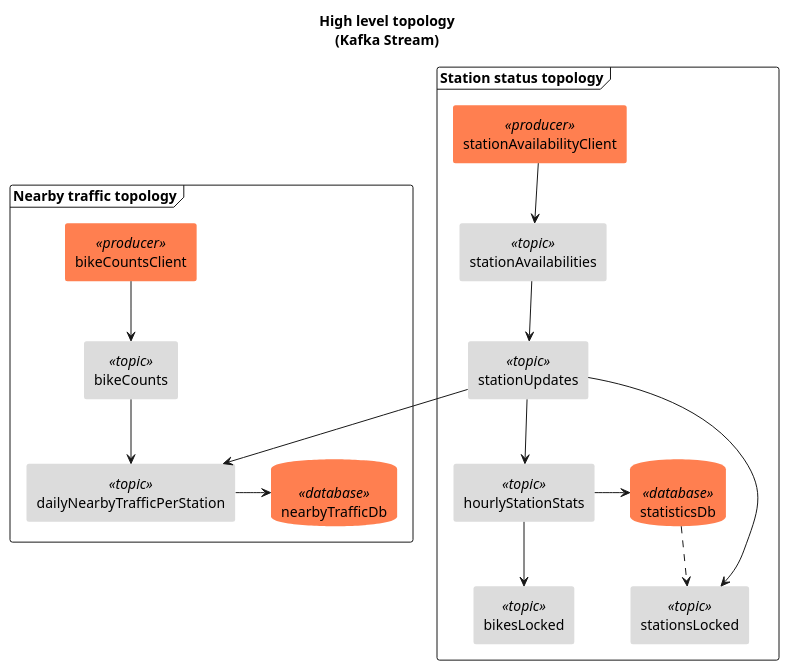
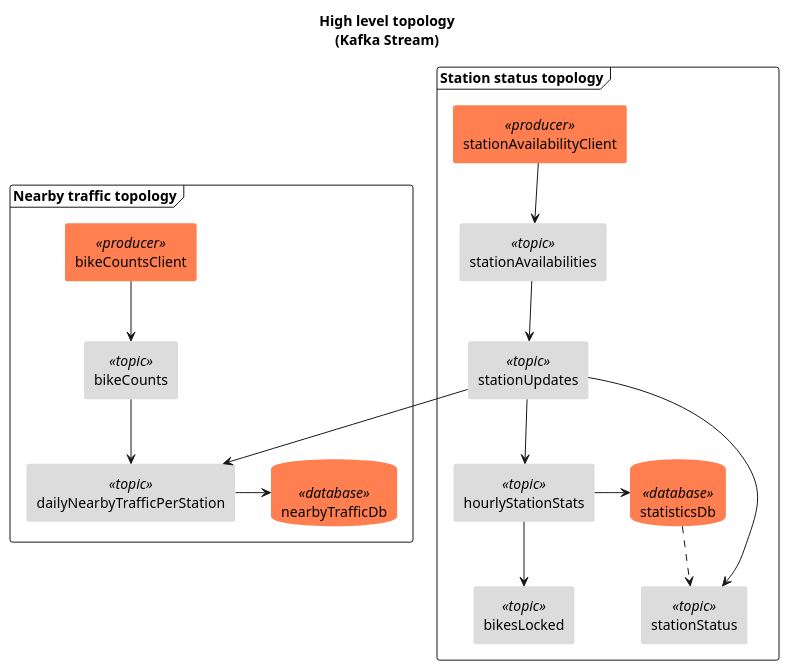
The diagram in docs/plantuml/high_level_topology.pu (ouvreboite/velinfo_kafka_prototype), drawn with PlantUML before and after one commit. The commit also changed 7 other files, not shown here.

Commit message:
feat: compute station status in dedicated topic

```diff
--- a/docs/plantuml/high_level_topology.pu
+++ b/docs/plantuml/high_level_topology.pu
@@ -1,58 +1,58 @@
 @startuml
 title
 <b>High level topology</b>
 (Kafka Stream)
 end title
 
 
 frame "Station status topology"{
    rectangle stationAvailabilityClient <<producer>>
    rectangle stationAvailabilities <<topic>>
    rectangle stationUpdates <<topic>>
    rectangle hourlyStationStats<<topic>>
-   rectangle stationsLocked <<topic>>
+   rectangle stationStatus <<topic>>
    rectangle bikesLocked <<topic>>
    database statisticsDb<<database>>
 }
 
 stationAvailabilityClient --> stationAvailabilities 
 stationAvailabilities --> stationUpdates
 stationUpdates --> hourlyStationStats
 hourlyStationStats--> bikesLocked
 hourlyStationStats-> statisticsDb
-stationUpdates --> stationsLocked
-statisticsDb ..> stationsLocked
+stationUpdates --> stationStatus
+statisticsDb ..> stationStatus
 
 frame "Nearby traffic topology"{
    rectangle bikeCountsClient <<producer>>
    rectangle bikeCounts <<topic>>
    rectangle dailyNearbyTrafficPerStation <<topic>>
    database nearbyTrafficDb<<database>>
 }
 
 bikeCountsClient --> bikeCounts 
 bikeCounts --> dailyNearbyTrafficPerStation 
 stationUpdates --> dailyNearbyTrafficPerStation 
 dailyNearbyTrafficPerStation -> nearbyTrafficDb
 
 skinparam rectangle{
     backgroundColor<<topic>> Gainsboro
     backgroundColor<<stream>> Snow
     backgroundColor<<producer>> Coral
     backgroundColor<<consumer>> Coral
     borderColor<<topic>> transparent
     borderColor<<stream>> transparent
     borderColor<<producer>> transparent
     borderColor<<consumer>> transparent
 }
 
 skinparam database{ 
    backgroundColor<<database>> Coral
    borderColor transparent
 }
 
 skinparam{
    ArrowColor DeepSkyBlue
    shadowing false
 }
 @enduml
```
